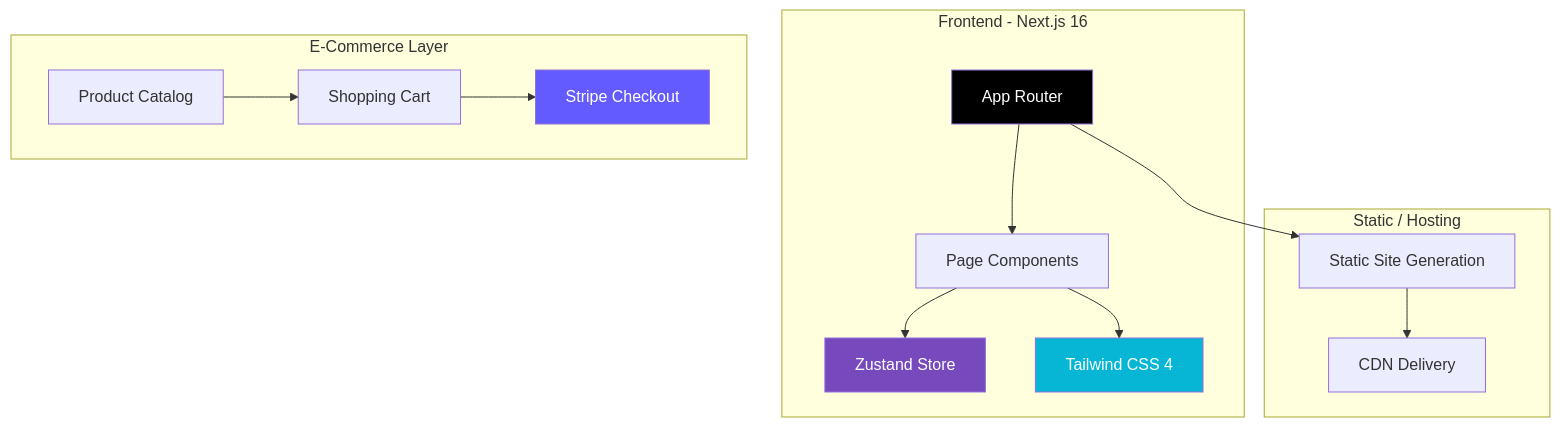
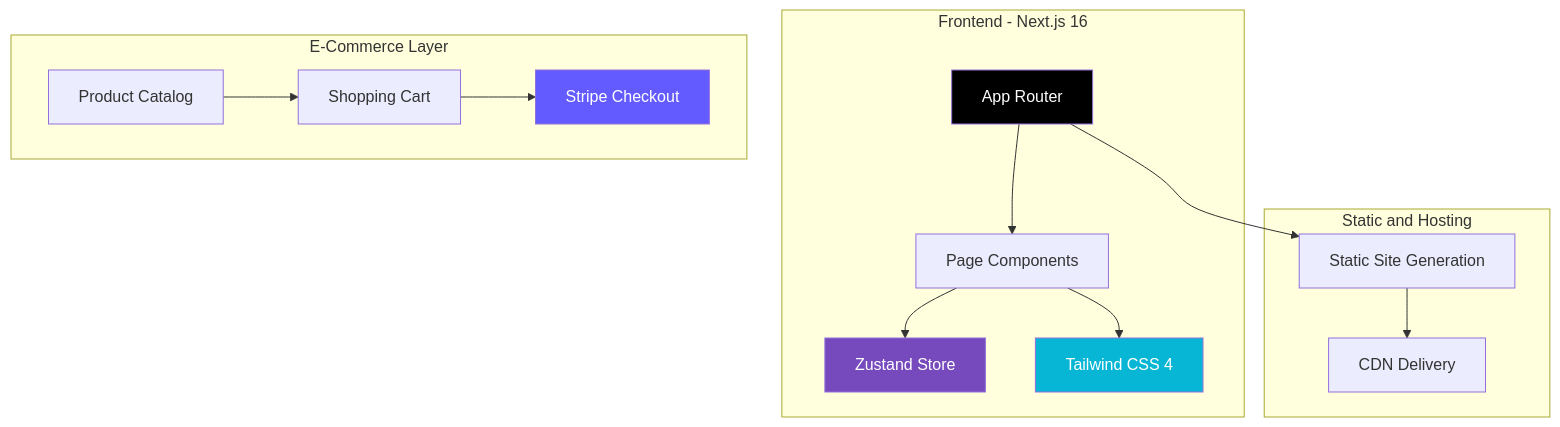
The third of 3 diagrams in README.md (mulkymalikuldhrs/narae), drawn with Mermaid before and after one commit. The commit also changed other lines of this file and 1 other file, not shown here.

Commit message:
🎨 Upgrade: banner image + fixed Mermaid + animations + flow diagrams

````diff
--- a/README.md
+++ b/README.md
@@ -169,33 +94,33 @@
 ```mermaid
 graph TB
-    subgraph "Frontend - Next.js 16"
+    subgraph Frontend["Frontend - Next.js 16"]
         App["App Router"]
         Pages["Page Components"]
         Zustand["Zustand Store"]
         TW["Tailwind CSS 4"]
     end
 
-    subgraph "E-Commerce Layer"
+    subgraph Commerce["E-Commerce Layer"]
         Catalog["Product Catalog"]
         Cart["Shopping Cart"]
         Stripe["Stripe Checkout"]
     end
 
-    subgraph "Static / Hosting"
+    subgraph Static["Static and Hosting"]
         SSG["Static Site Generation"]
         CDN["CDN Delivery"]
     end
 
     App --> Pages
     Pages --> Zustand
     Pages --> TW
     Catalog --> Cart
     Cart --> Stripe
     App --> SSG
     SSG --> CDN
 
     style App fill:#000,color:#fff
     style Zustand fill:#764abc,color:#fff
     style Stripe fill:#635bff,color:#fff
     style TW fill:#06B6D4,color:#fff
 ```
````
